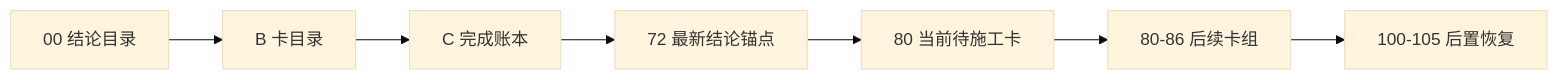
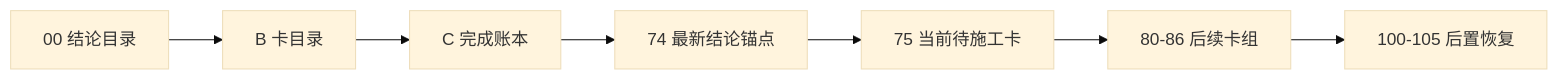
Before and after one commit to everything-is-simple/lifespan-0.01: the diagram in docs/03-execution/A-execution-reading-order-20260409.md, drawn with Mermaid (base theme). The commit also changed other lines of this file and 23 other files, not shown here.

````diff
--- a/docs/03-execution/A-execution-reading-order-20260409.md
+++ b/docs/03-execution/A-execution-reading-order-20260409.md
@@ -25,9 +25,9 @@
 ```mermaid
 flowchart LR
     CONC["00 结论目录"] --> BCAT["B 卡目录"]
     BCAT --> CLED["C 完成账本"]
-    CLED --> ANC["72 最新结论锚点"]
-    ANC --> G80["80 当前待施工卡"]
-    G80 --> G86["80-86 后续卡组"]
-    G86 --> NEXT["100-105 后置恢复"]
+    CLED --> ANC["74 最新结论锚点"]
+    ANC --> G75["75 当前待施工卡"]
+    G75 --> G80["80-86 后续卡组"]
+    G80 --> NEXT["100-105 后置恢复"]
 ```
````
